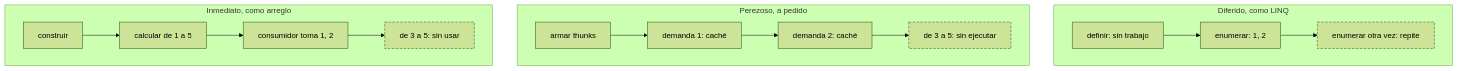
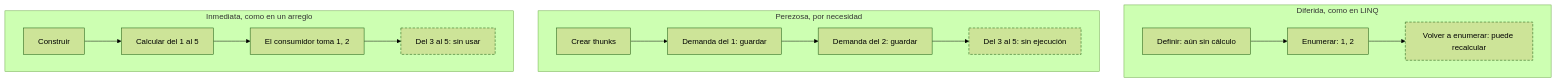
Before and after one commit to dullroar/aprende-a-programar-como-un-bicho-raro: the diagram in lessons/guias-de-estudio/conceptos/evaluacion-demanda-y-pereza.md, drawn with Mermaid (forest theme). The commit also changed 22 other files, not shown here.

First line of the commit message:
loop(P5-003): build six Spanish publications; sync_guide_diagrams supports #block-N

````diff
--- a/lessons/guias-de-estudio/conceptos/evaluacion-demanda-y-pereza.md
+++ b/lessons/guias-de-estudio/conceptos/evaluacion-demanda-y-pereza.md
@@ -54,16 +54,16 @@
 ```mermaid
 flowchart TB
-    accTitle: El mismo prefijo pedido puede implicar trabajo distinto
-    accDescr: Tres carriles muestran un consumidor que pide solo los dos primeros elementos de una secuencia de cinco. En el carril de evaluación inmediata se calculan primero los cinco valores de 1 a 5. El consumidor toma 1 y 2, y de 3 a 5 se calcularon pero no se usaron. En el carril perezoso por necesidad se construyen thunks. Se pide 1, se evalúa y se guarda en caché; se pide 2, se evalúa y se guarda en caché. De 3 a 5 nunca se evalúan. En el carril de la canalización diferida, la canalización se define y no ocurre ningún trabajo. Luego, al enumerar, se calculan y se producen 1 y 2. Enumerar otra vez puede repetir el trabajo, porque lo diferido no se memoiza de forma automática.
-    subgraph DEFER["Diferido, como LINQ"]
-        D1["definir: sin trabajo"] --> D2["enumerar: 1, 2"] --> D3["enumerar otra vez: repite"]
+    accTitle: Pedir el mismo prefijo puede implicar distinto trabajo
+    accDescr: Tres filas muestran a un consumidor que pide solo los dos primeros elementos de una secuencia de cinco. En la fila de evaluación inmediata, primero se calculan los cinco valores, del 1 al 5. El consumidor toma 1 y 2. Los valores del 3 al 5 se calcularon y quedaron sin usar. En la fila de evaluación perezosa por necesidad se crean thunks, cálculos suspendidos que se evalúan cuando se fuerzan. El consumidor pide el valor 1, que se evalúa y se guarda. Luego pide el 2, que también se evalúa y se guarda. Los valores del 3 al 5 nunca se evalúan. En la fila de la canalización diferida, al definirla no se hace ningún cálculo. Al enumerarla, se calculan y se entregan los valores 1 y 2. Enumerarla de nuevo puede repetir el trabajo porque la ejecución diferida no memoiza resultados automáticamente.
+    subgraph DEFER["Diferida, como en LINQ"]
+        D1["Definir: aún sin cálculo"] --> D2["Enumerar: 1, 2"] --> D3["Volver a enumerar: puede recalcular"]
     end
-    subgraph LAZY["Perezoso, a pedido"]
-        L1["armar thunks"] --> L2["demanda 1: caché"] --> L3["demanda 2: caché"] --> L4["de 3 a 5: sin ejecutar"]
+    subgraph LAZY["Perezosa, por necesidad"]
+        L1["Crear thunks"] --> L2["Demanda del 1: guardar"] --> L3["Demanda del 2: guardar"] --> L4["Del 3 al 5: sin ejecución"]
     end
-    subgraph EAGER["Inmediato, como arreglo"]
-        E1["construir"] --> E2["calcular de 1 a 5"] --> E3["consumidor toma 1, 2"] --> E4["de 3 a 5: sin usar"]
+    subgraph EAGER["Inmediata, como en un arreglo"]
+        E1["Construir"] --> E2["Calcular del 1 al 5"] --> E3["El consumidor toma 1, 2"] --> E4["Del 3 al 5: sin usar"]
     end
     classDef unused stroke-dasharray: 5 3
     class E4,L4,D3 unused
 ```
````
